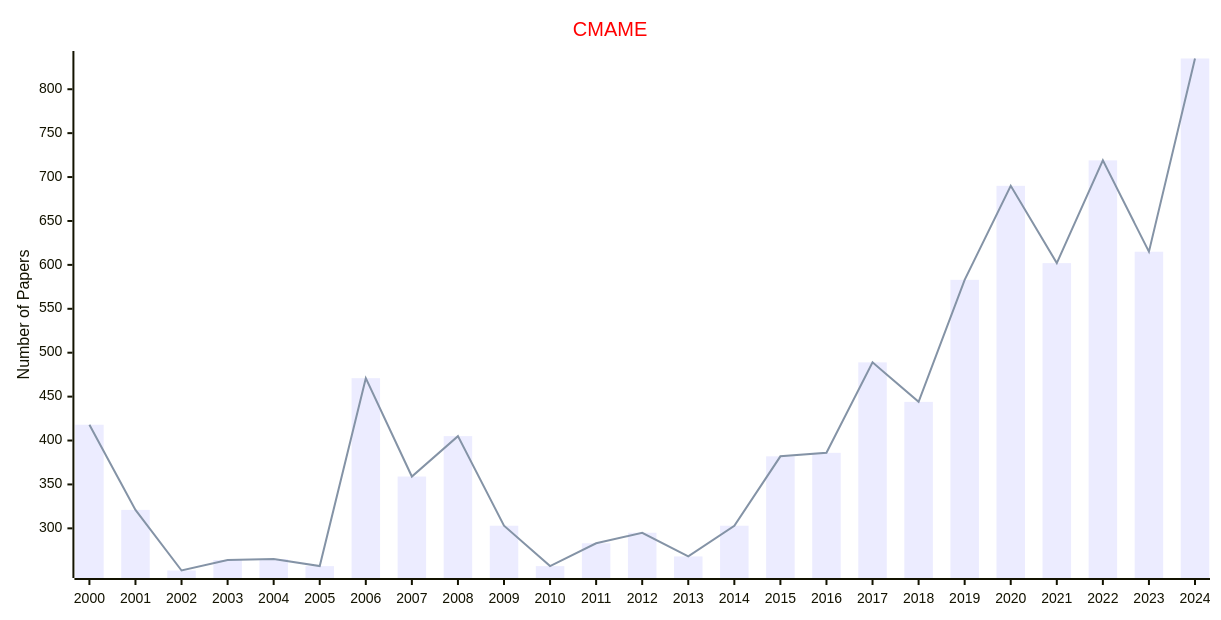
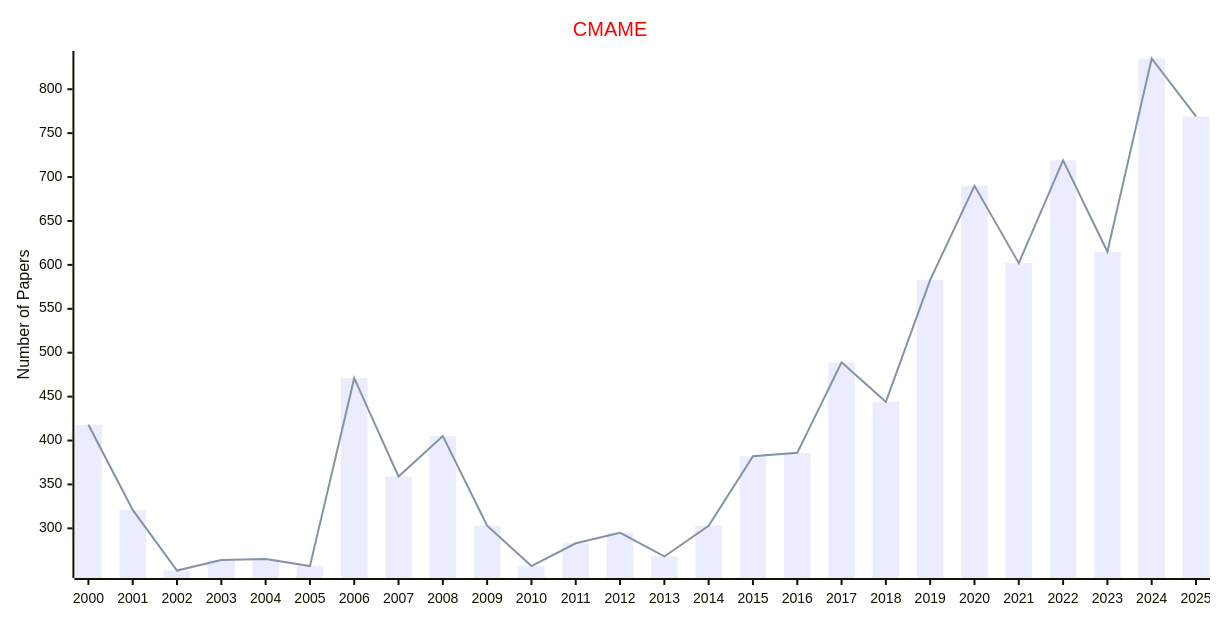
One commit to Easy-PhD/AILinks changed the fifth of 9 diagrams in docs/data/Journals/Statistics_Journals/Computer_Science.md. Above: the diagram before and after it, drawn with Mermaid. The commit also changed other lines of this file and 107 other files, not shown here.

````diff
--- a/docs/data/Journals/Statistics_Journals/Computer_Science.md
+++ b/docs/data/Journals/Statistics_Journals/Computer_Science.md
@@ -105,17 +105,17 @@
 ```mermaid
 ---
 config:
     xyChart:
         width: 1200
         height: 600
     themeVariables:
         xyChart:
             titleColor: "#ff0000"
 ---
 xychart-beta
     title "CMAME"
-    x-axis [2000, 2001, 2002, 2003, 2004, 2005, 2006, 2007, 2008, 2009, 2010, 2011, 2012, 2013, 2014, 2015, 2016, 2017, 2018, 2019, 2020, 2021, 2022, 2023, 2024]
+    x-axis [2000, 2001, 2002, 2003, 2004, 2005, 2006, 2007, 2008, 2009, 2010, 2011, 2012, 2013, 2014, 2015, 2016, 2017, 2018, 2019, 2020, 2021, 2022, 2023, 2024, 2025]
     y-axis "Number of Papers"
-    bar [418, 321, 252, 264, 265, 257, 471, 359, 405, 303, 257, 283, 295, 268, 303, 382, 386, 489, 444, 583, 690, 602, 719, 615, 835]
-    line [418, 321, 252, 264, 265, 257, 471, 359, 405, 303, 257, 283, 295, 268, 303, 382, 386, 489, 444, 583, 690, 602, 719, 615, 835]
+    bar [418, 321, 252, 264, 265, 257, 471, 359, 405, 303, 257, 283, 295, 268, 303, 382, 386, 489, 444, 583, 690, 602, 719, 615, 835, 769]
+    line [418, 321, 252, 264, 265, 257, 471, 359, 405, 303, 257, 283, 295, 268, 303, 382, 386, 489, 444, 583, 690, 602, 719, 615, 835, 769]
 ```
````
